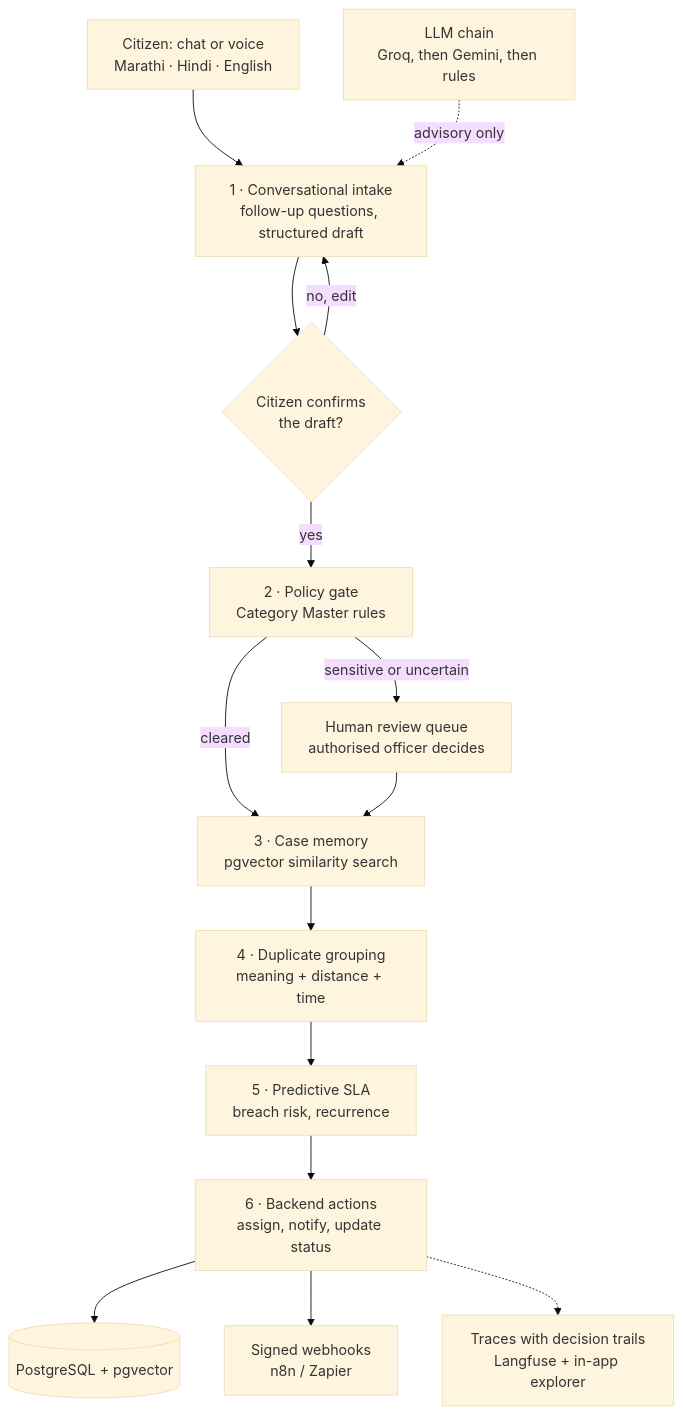
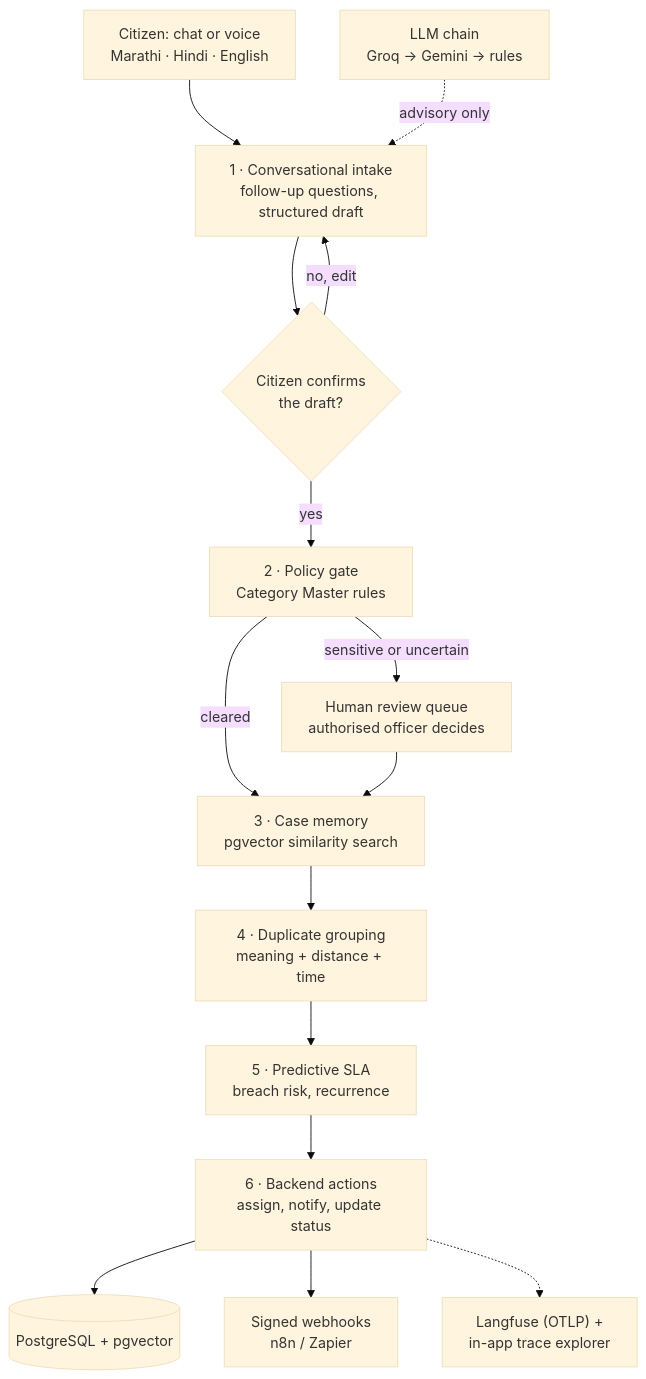
The diagram in README.md (RiteshKumar2e/GRIEVANCE), drawn with Mermaid (base theme) before and after one commit. The commit also changed other lines of this file and 1 other file, not shown here.

Commit message:
Add version information to trace context in tracing service.

````diff
--- a/README.md
+++ b/README.md
@@ -52,31 +102,27 @@
 ```mermaid
 flowchart TD
     C["Citizen: chat or voice<br/>Marathi · Hindi · English"]
     A1["1 · Conversational intake<br/>follow-up questions, structured draft"]
     OK{"Citizen confirms<br/>the draft?"}
     A2["2 · Policy gate<br/>Category Master rules"]
     HR["Human review queue<br/>authorised officer decides"]
     A3["3 · Case memory<br/>pgvector similarity search"]
     A4["4 · Duplicate grouping<br/>meaning + distance + time"]
     A5["5 · Predictive SLA<br/>breach risk, recurrence"]
     A6["6 · Backend actions<br/>assign, notify, update status"]
     DB[("PostgreSQL + pgvector")]
     WH["Signed webhooks<br/>n8n / Zapier"]
-    LLM["LLM chain<br/>Groq, then Gemini, then rules"]
-    OBS["Traces with decision trails<br/>Langfuse + in-app explorer"]
+    LLM["LLM chain<br/>Groq → Gemini → rules"]
+    OBS["Langfuse (OTLP) +<br/>in-app trace explorer"]
 
-    C --> A1
-    A1 --> OK
+    C --> A1 --> OK
     OK -->|"yes"| A2
     OK -->|"no, edit"| A1
     A2 -->|"sensitive or uncertain"| HR
     A2 -->|"cleared"| A3
-    HR --> A3
-    A3 --> A4
-    A4 --> A5
-    A5 --> A6
+    HR --> A3 --> A4 --> A5 --> A6
     A6 --> DB
     A6 --> WH
     LLM -.->|"advisory only"| A1
     A6 -.-> OBS
 ```
````
